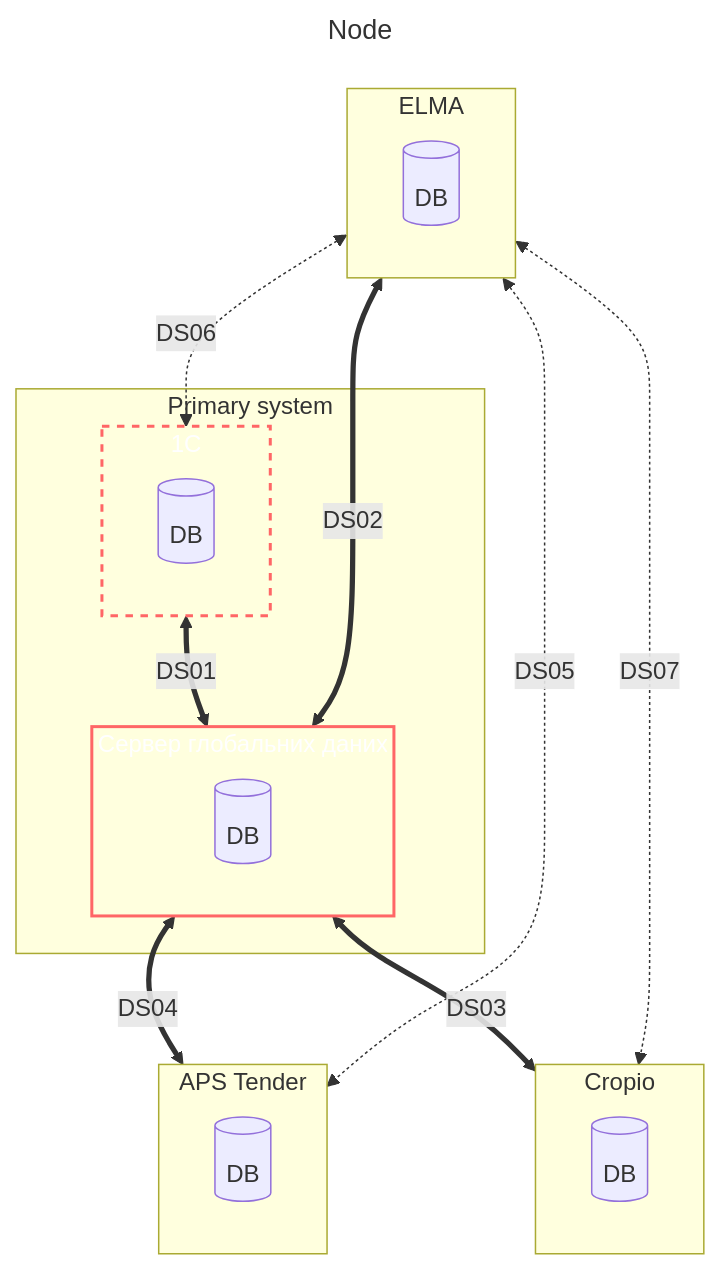
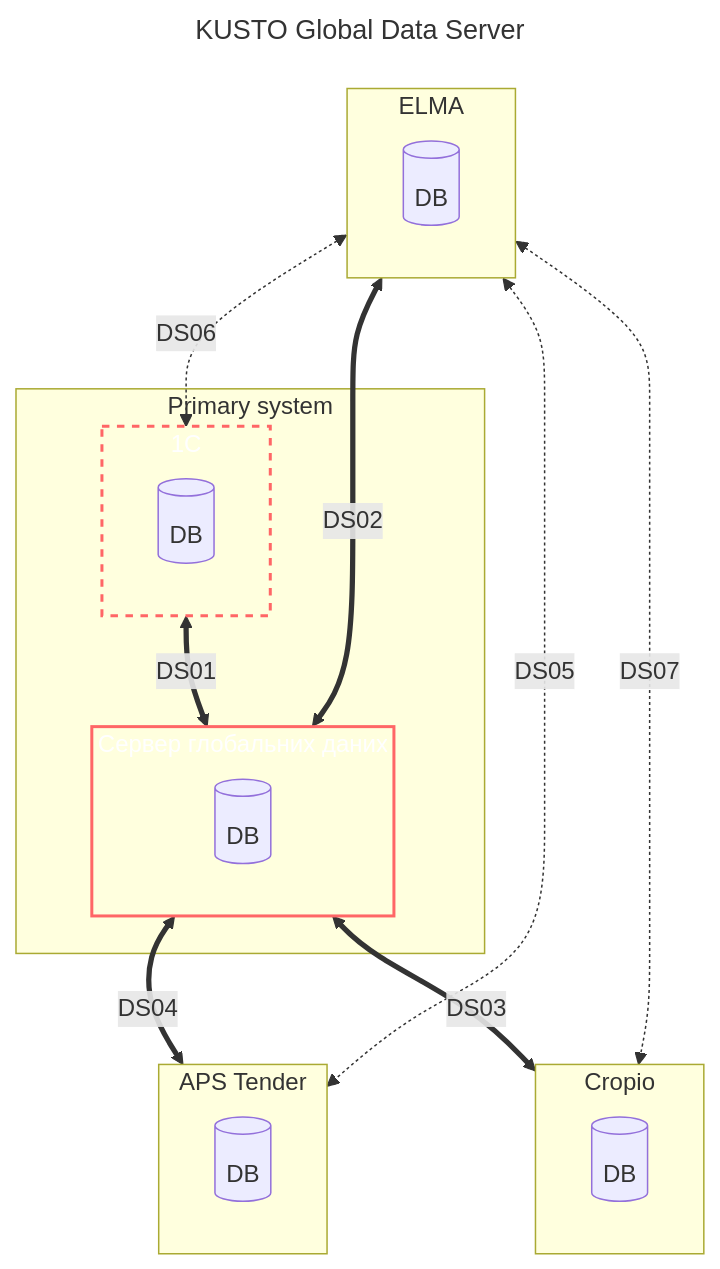
One commit to Zorin-Mykhailo/Kusto changed the diagram in Kusto/Documents/2313701__GlobalDataServer.md. Above: the diagram before and after it, drawn with Mermaid.

````diff
--- a/Kusto/Documents/2313701__GlobalDataServer.md
+++ b/Kusto/Documents/2313701__GlobalDataServer.md
@@ -13,40 +13,40 @@
 ```mermaid
 ---
-title: Node
+title: KUSTO Global Data Server
 ---
 flowchart TD
     subgraph PS ["Primary system"]
         subgraph OneS ["1С"]
         OneS_DB[(DB)]
         end
 
         subgraph GDS["Сервер глобальних даних"]
         KGDS_DB[(DB)]
         end
     end
     
     
     subgraph Elma ["ELMA"]
     Elma_DB[(DB)]
     end
 
     subgraph Cropio ["Cropio"]
     Cropio_DB[(DB)]
     end
 
     subgraph Aps ["APS Tender"]
     Aps_DB[(DB)]
     end
     
     
     OneS <==>|DS01| GDS
     GDS <==>|DS02| Elma
     GDS <==>|DS03| Cropio
     GDS <==>|DS04| Aps
     Elma <-.->|DS05| Aps
     Elma <-.->|DS06| OneS
     Elma <-.->|DS07| Cropio
     
     style GDS stroke:#f66,stroke-width:2px,color:#fff
     style OneS stroke:#f66,stroke-width:2px,color:#fff,stroke-dasharray: 5 5
 ```
````
